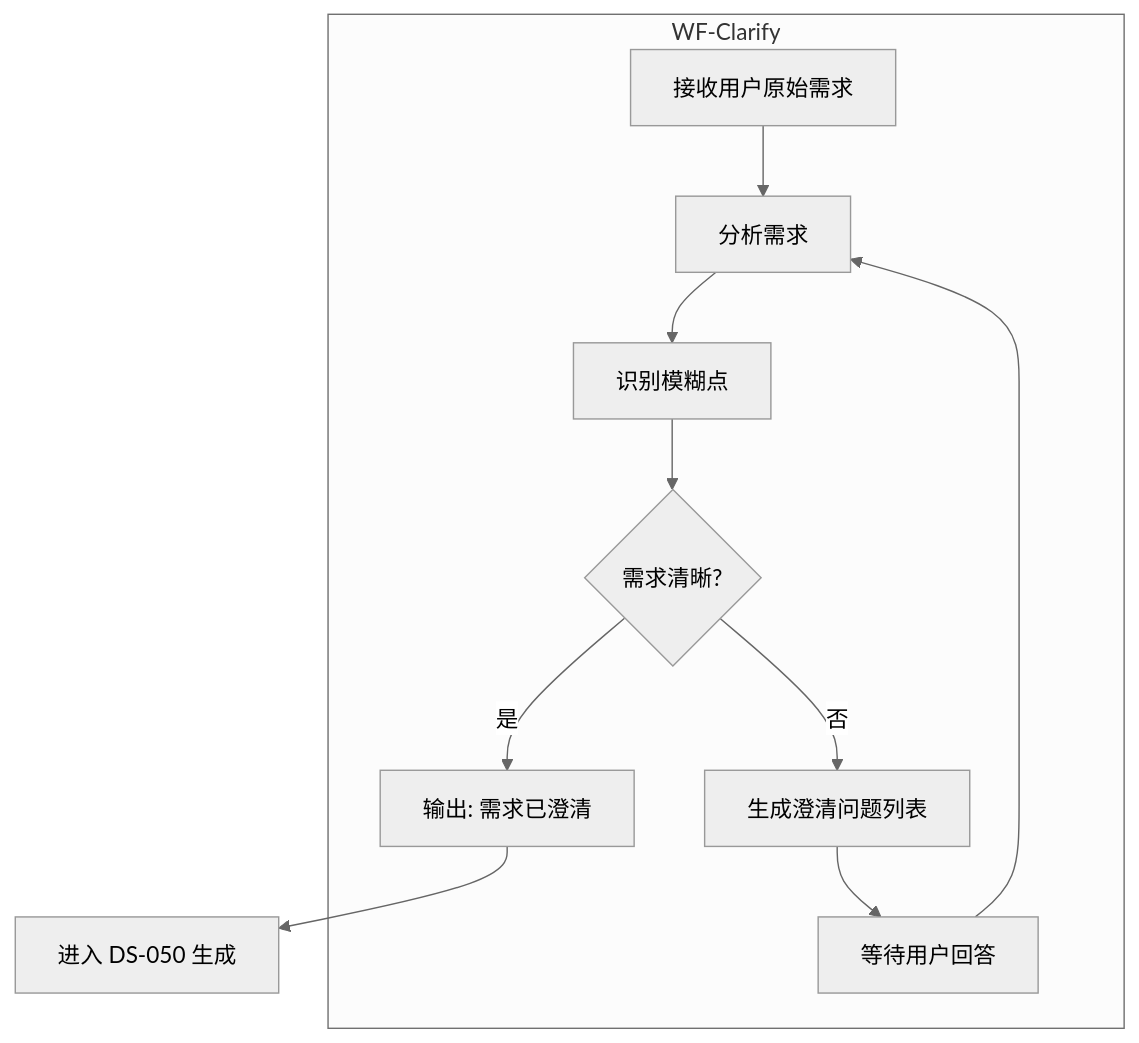
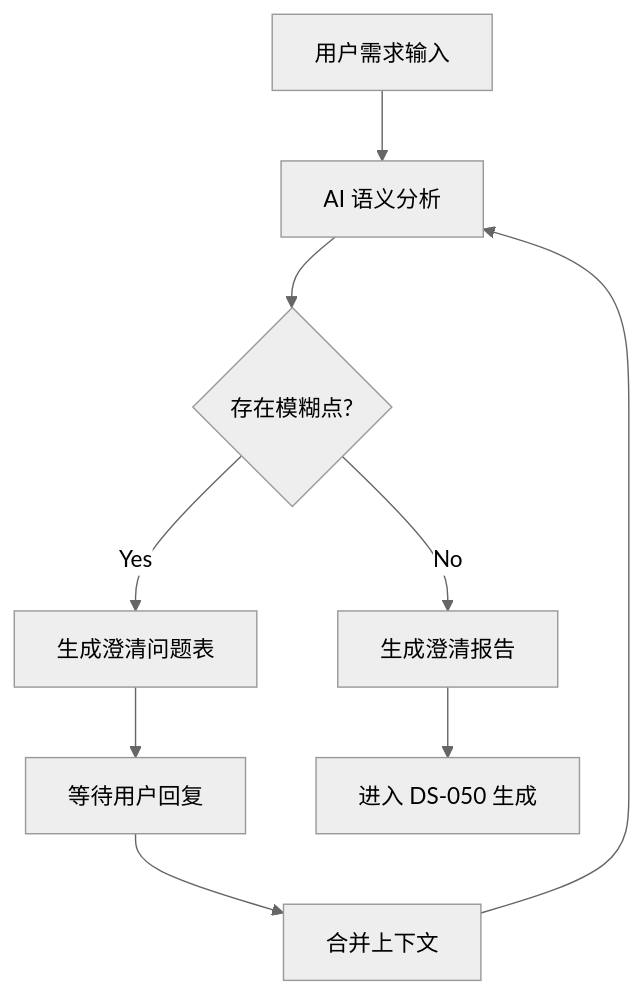
The diagram in templates/memory_bank/03_protocols/workflows/WF-CLARIFY.md (wsman/Constitution-Driven-Development-Skill), drawn with Mermaid (neutral theme) before and after one commit. The commit also changed other lines of this file and 3 other files, not shown here.

````diff
--- a/templates/memory_bank/03_protocols/workflows/WF-CLARIFY.md
+++ b/templates/memory_bank/03_protocols/workflows/WF-CLARIFY.md
@@ -30,14 +16,11 @@
 ```mermaid
 graph TD
-    subgraph Clarify [WF-Clarify]
-        C1[接收用户原始需求] --> C2[分析需求]
-        C2 --> C3[识别模糊点]
-        C3 --> C4{需求清晰?}
-        C4 -->|是| C5[输出: 需求已澄清]
-        C4 -->|否| C6[生成澄清问题列表]
-        C6 --> C7[等待用户回答]
-        C7 --> C2
-    end
-    
-    C5 --> B2[进入 DS-050 生成]
+    Start[用户需求输入] --> Analyze[AI 语义分析]
+    Analyze --> Check{存在模糊点?}
+    Check -->|Yes| GenerateQ[生成澄清问题表]
+    GenerateQ --> Wait[等待用户回复]
+    Wait --> Merge[合并上下文]
+    Merge --> Analyze
+    Check -->|No| Output[生成澄清报告]
+    Output --> Next[进入 DS-050 生成]
 ```
````
